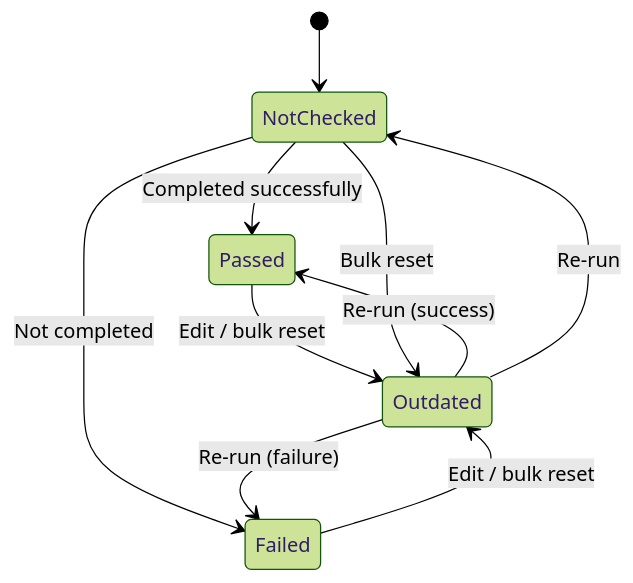
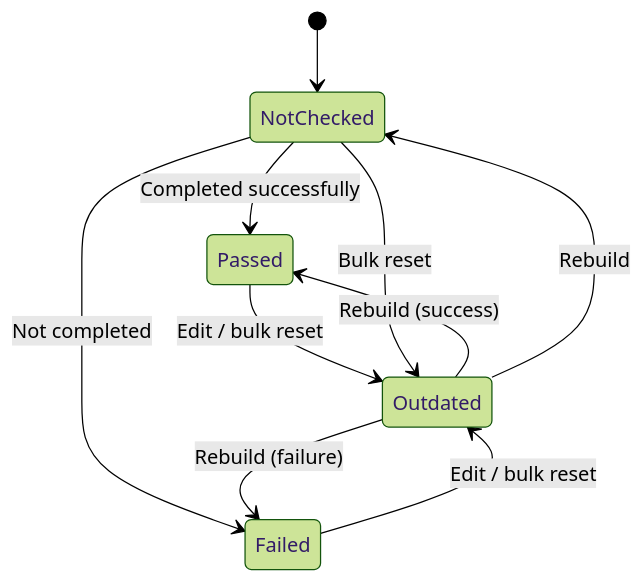
The third of 6 diagrams in src/Specifications/spec-flow.md (NiplusM/SDD), drawn with Mermaid (forest theme) before and after one commit. The commit also changed other lines of this file and 13 other files, not shown here.

Commit message:
Updated flow

````diff
--- a/src/Specifications/spec-flow.md
+++ b/src/Specifications/spec-flow.md
@@ -165,15 +165,15 @@
 ```mermaid
 stateDiagram-v2
     [*] --> NotChecked
 
     NotChecked --> Passed: Completed successfully
     NotChecked --> Failed: Not completed
 
     Passed --> Outdated: Edit / bulk reset
     Failed --> Outdated: Edit / bulk reset
     NotChecked --> Outdated: Bulk reset
 
-    Outdated --> Passed: Re-run (success)
-    Outdated --> Failed: Re-run (failure)
-    Outdated --> NotChecked: Re-run
+    Outdated --> Passed: Rebuild (success)
+    Outdated --> Failed: Rebuild (failure)
+    Outdated --> NotChecked: Rebuild
 ```
````
